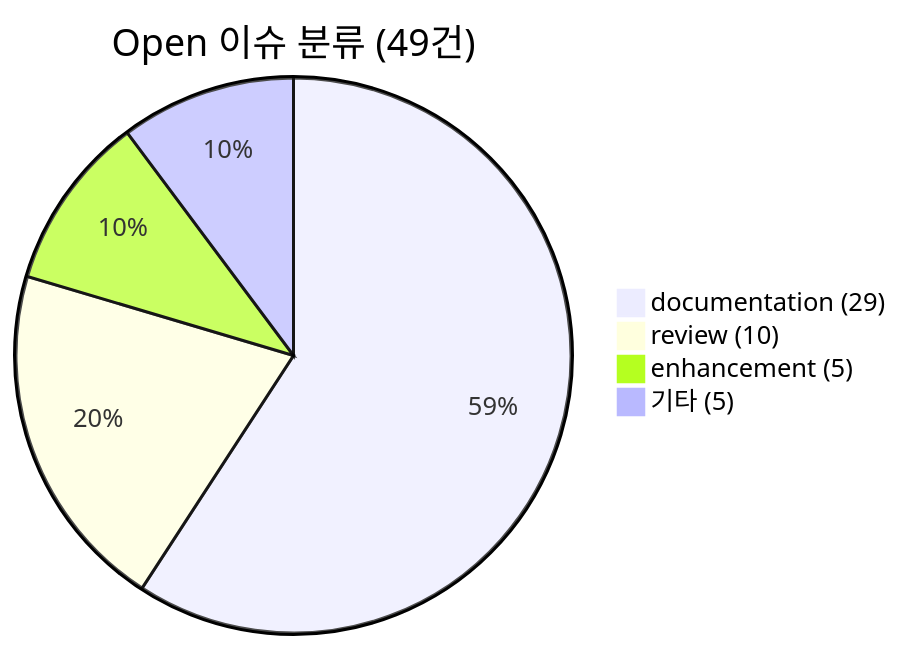
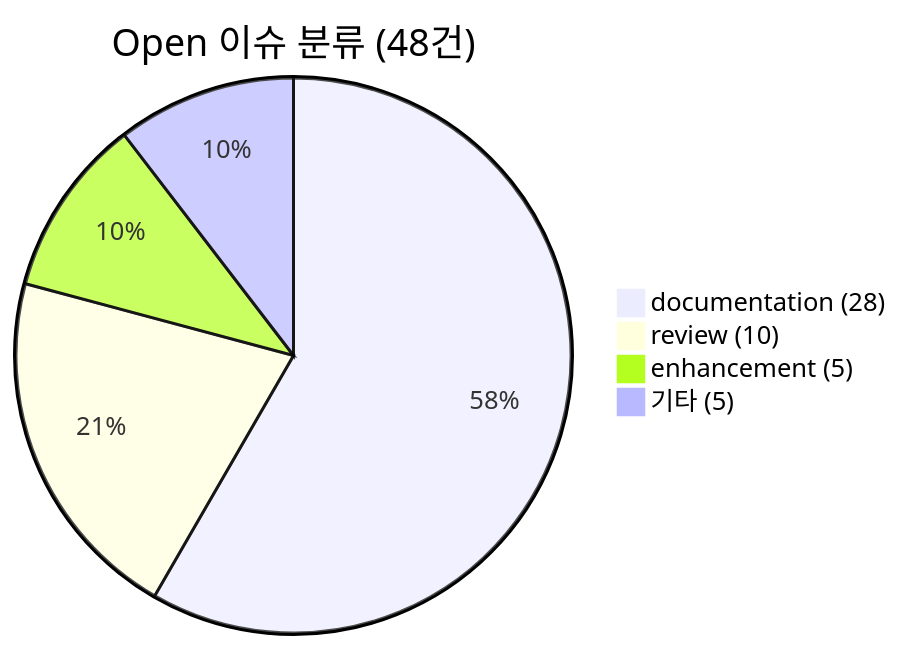
The fourth of 4 diagrams in README.md (holee9/MD-process), drawn with Mermaid before and after one commit. The commit also changed other lines of this file, not shown here.

````diff
--- a/README.md
+++ b/README.md
@@ -172,7 +172,7 @@
 ```mermaid
-pie title Open 이슈 분류 (49건)
-    "documentation (29)" : 29
+pie title Open 이슈 분류 (48건)
+    "documentation (28)" : 28
     "review (10)" : 10
     "enhancement (5)" : 5
     "기타 (5)" : 5
 ```
````
